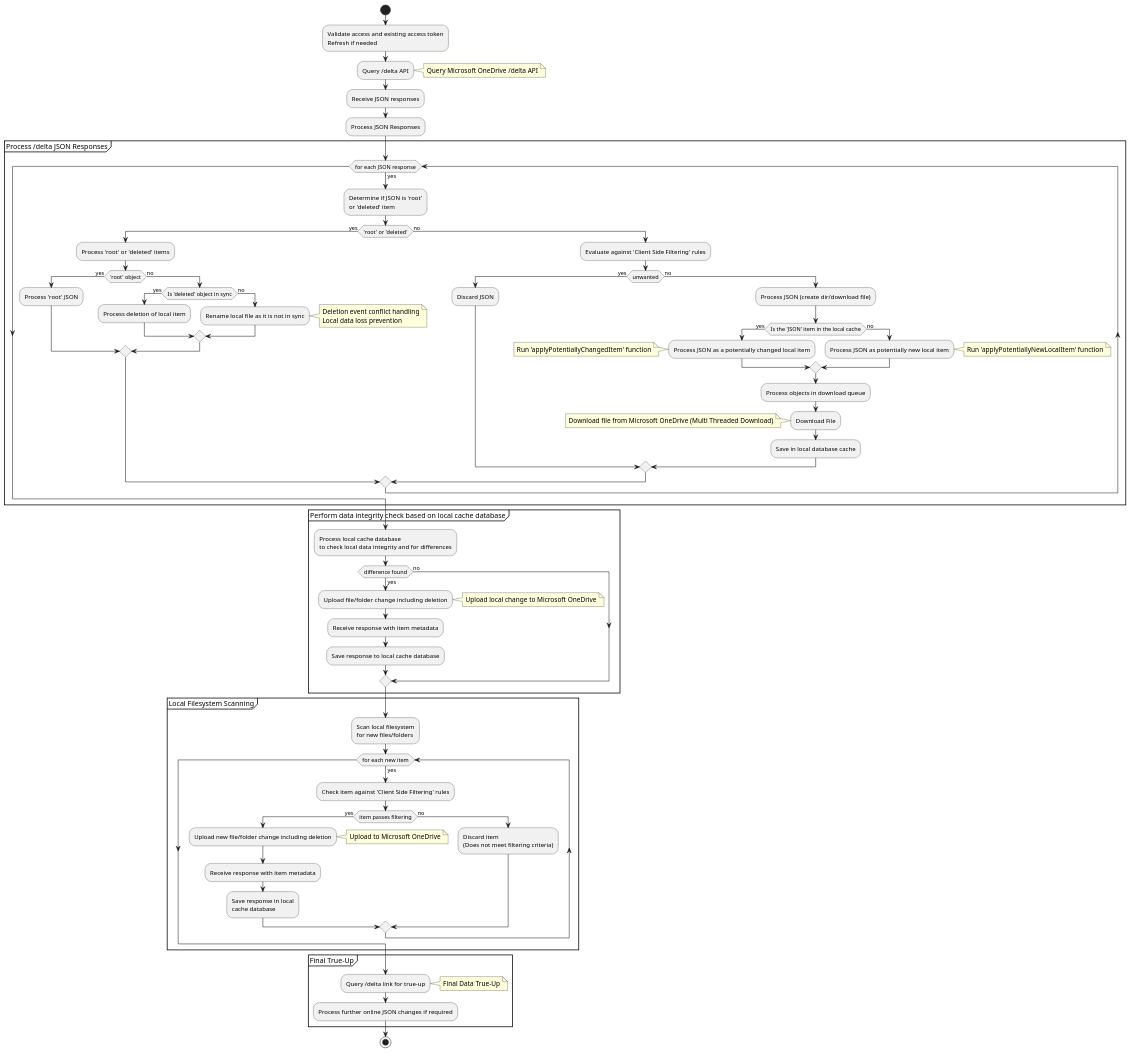
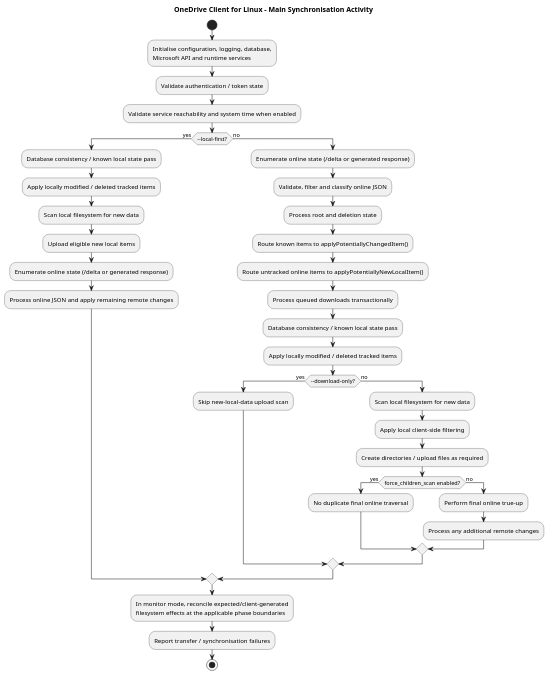
One commit to abraunegg/onedrive changed the diagram in docs/puml/main_activity_flows.puml. Above: the diagram before and after it, drawn with PlantUML. The commit also changed 45 other files, not shown here.

First line of the commit message:
Update architecture documentation

```diff
--- a/docs/puml/main_activity_flows.puml
+++ b/docs/puml/main_activity_flows.puml
@@ -1,81 +1,47 @@
 @startuml
-
+title OneDrive Client for Linux - Main Synchronisation Activity
 start
 
-:Validate access and existing access token\nRefresh if needed;
+:Initialise configuration, logging, database,\nMicrosoft API and runtime services;
+:Validate authentication / token state;
+:Validate service reachability and system time when enabled;
 
-:Query /delta API;
-note right: Query Microsoft OneDrive /delta API
-:Receive JSON responses;
+if (~--local-first?) then (yes)
+  :Database consistency / known local state pass;
+  :Apply locally modified / deleted tracked items;
+  :Scan local filesystem for new data;
+  :Upload eligible new local items;
+  :Enumerate online state (/delta or generated response);
+  :Process online JSON and apply remaining remote changes;
+else (no)
+  :Enumerate online state (/delta or generated response);
+  :Validate, filter and classify online JSON;
+  :Process root and deletion state;
+  :Route known items to applyPotentiallyChangedItem();
+  :Route untracked online items to applyPotentiallyNewLocalItem();
+  :Process queued downloads transactionally;
 
-:Process JSON Responses;
-partition "Process /delta JSON Responses" {
-    while (for each JSON response) is (yes)
-        :Determine if JSON is 'root'\nor 'deleted' item;
-        if ('root' or 'deleted') then (yes)
-            :Process 'root' or 'deleted' items;
-            if ('root' object) then (yes)
-                :Process 'root' JSON;
-            else (no)
-                if (Is 'deleted' object in sync) then (yes)
-                    :Process deletion of local item;
-                else (no)
-                    :Rename local file as it is not in sync;
-                    note right: Deletion event conflict handling\nLocal data loss prevention
-                endif
-            endif
-        else (no)
-            :Evaluate against 'Client Side Filtering' rules;
-            if (unwanted) then (yes)
-                :Discard JSON;
-            else (no)
-                :Process JSON (create dir/download file);
-                if (Is the 'JSON' item in the local cache) then (yes)
-                  :Process JSON as a potentially changed local item;
-                  note left: Run 'applyPotentiallyChangedItem' function
-                else (no)
-                  :Process JSON as potentially new local item;
-                  note right:  Run 'applyPotentiallyNewLocalItem' function
-                endif
-                :Process objects in download queue;
-                :Download File;
-                note left: Download file from Microsoft OneDrive (Multi Threaded Download)
-                :Save in local database cache;
-            endif
-        endif
-    endwhile
-}
+  :Database consistency / known local state pass;
+  :Apply locally modified / deleted tracked items;
 
-partition "Perform data integrity check based on local cache database" {
-  :Process local cache database\nto check local data integrity and for differences;
-  if (difference found) then (yes)
-      :Upload file/folder change including deletion;
-      note right: Upload local change to Microsoft OneDrive
-      :Receive response with item metadata;
-      :Save response to local cache database;
+  if (~--download-only?) then (yes)
+    :Skip new-local-data upload scan;
   else (no)
+    :Scan local filesystem for new data;
+    :Apply local client-side filtering;
+    :Create directories / upload files as required;
+
+    if (force_children_scan enabled?) then (yes)
+      :No duplicate final online traversal;
+    else (no)
+      :Perform final online true-up;
+      :Process any additional remote changes;
+    endif
   endif
-}
+endif
 
-partition "Local Filesystem Scanning" {
-  :Scan local filesystem\nfor new files/folders;
-    while (for each new item) is (yes)
-        :Check item against 'Client Side Filtering' rules;
-        if (item passes filtering) then (yes)
-            :Upload new file/folder change including deletion;
-            note right: Upload to Microsoft OneDrive
-            :Receive response with item metadata;
-            :Save response in local\ncache database;
-        else (no)
-            :Discard item\n(Does not meet filtering criteria);
-        endif
-    endwhile
-}
-
-partition "Final True-Up" {
-  :Query /delta link for true-up;
-  note right: Final Data True-Up
-  :Process further online JSON changes if required;
-}
+:In monitor mode, reconcile expected/client-generated
+filesystem effects at the applicable phase boundaries;
+:Report transfer / synchronisation failures;
 stop
 @enduml
```
